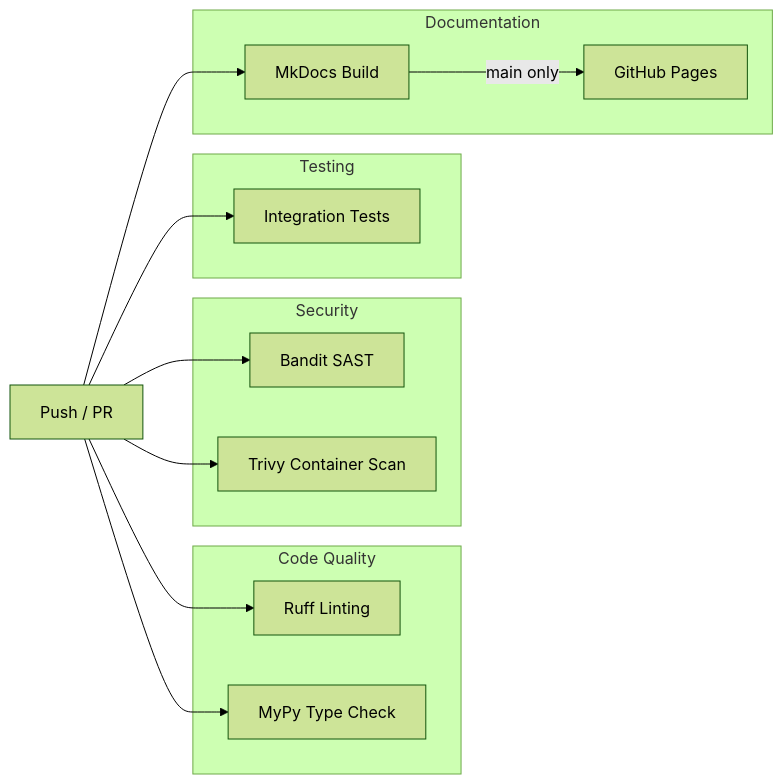
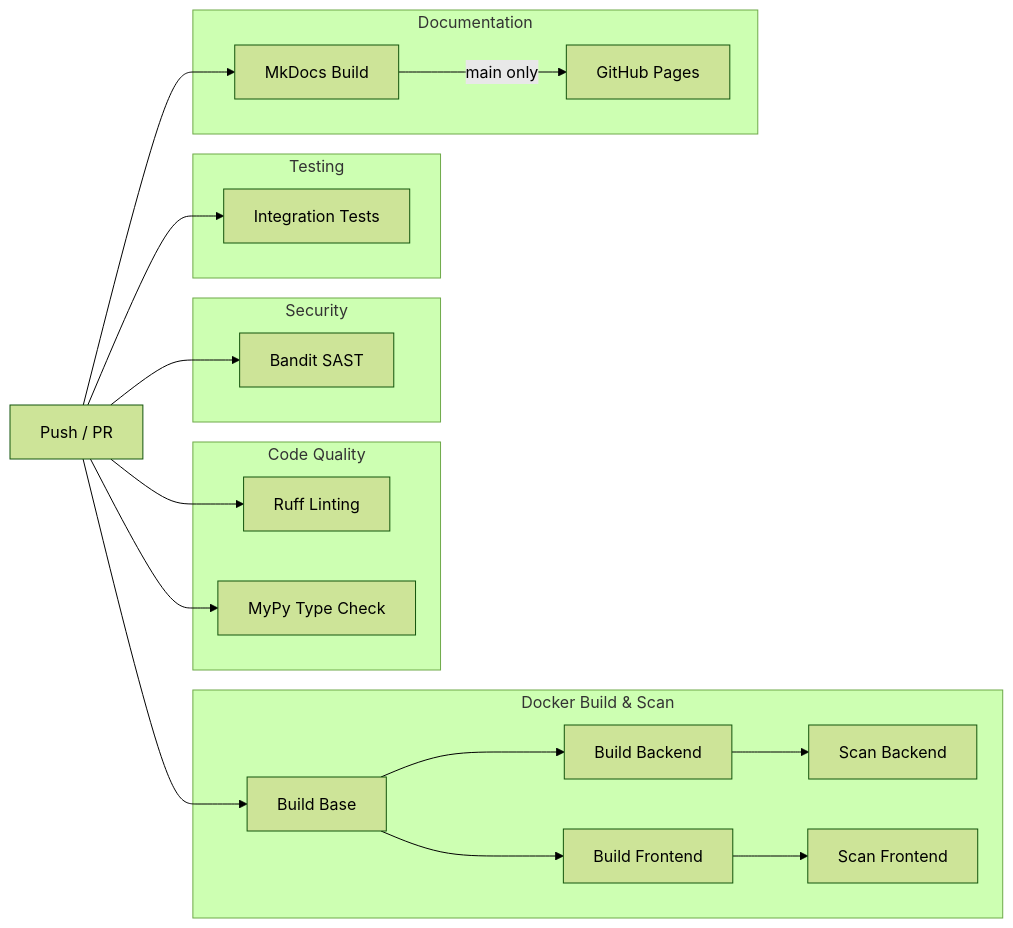
Before and after one commit to HardMax71/Integr8sCode: the first of 3 diagrams in docs/operations/cicd.md, drawn with Mermaid (forest theme). The commit also changed other lines of this file and 52 other files, not shown here.

````diff
--- a/docs/operations/cicd.md
+++ b/docs/operations/cicd.md
@@ -9,29 +9,40 @@
 ```mermaid
 graph LR
     subgraph "Code Quality"
         Ruff["Ruff Linting"]
         MyPy["MyPy Type Check"]
     end
 
     subgraph "Security"
         Bandit["Bandit SAST"]
-        Trivy["Trivy Container Scan"]
+    end
+
+    subgraph "Docker Build & Scan"
+        Base["Build Base"]
+        Backend["Build Backend"]
+        Frontend["Build Frontend"]
+        ScanBE["Scan Backend"]
+        ScanFE["Scan Frontend"]
+        Base --> Backend
+        Base --> Frontend
+        Backend --> ScanBE
+        Frontend --> ScanFE
     end
 
     subgraph "Testing"
         Integration["Integration Tests"]
     end
 
     subgraph "Documentation"
         Docs["MkDocs Build"]
         Pages["GitHub Pages"]
     end
 
     Push["Push / PR"] --> Ruff
     Push --> MyPy
     Push --> Bandit
-    Push --> Trivy
+    Push --> Base
     Push --> Integration
     Push --> Docs
     Docs -->|main only| Pages
 ```
````
